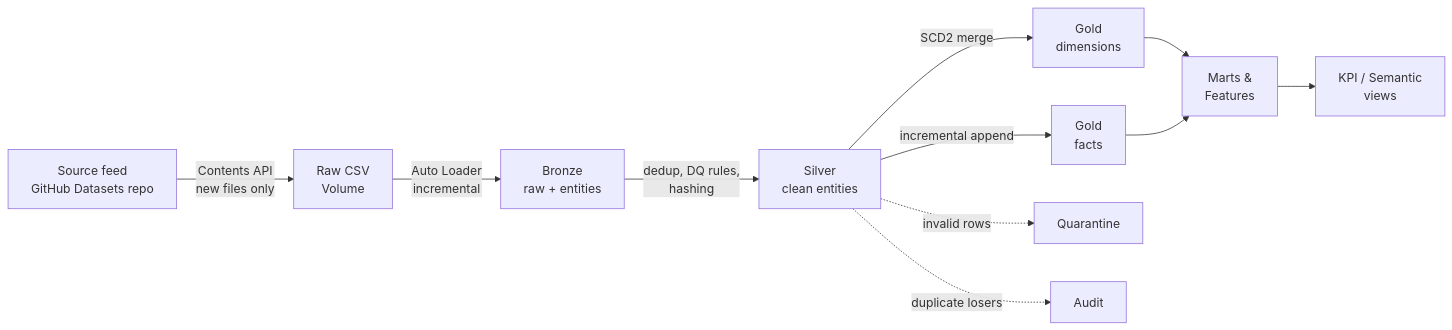
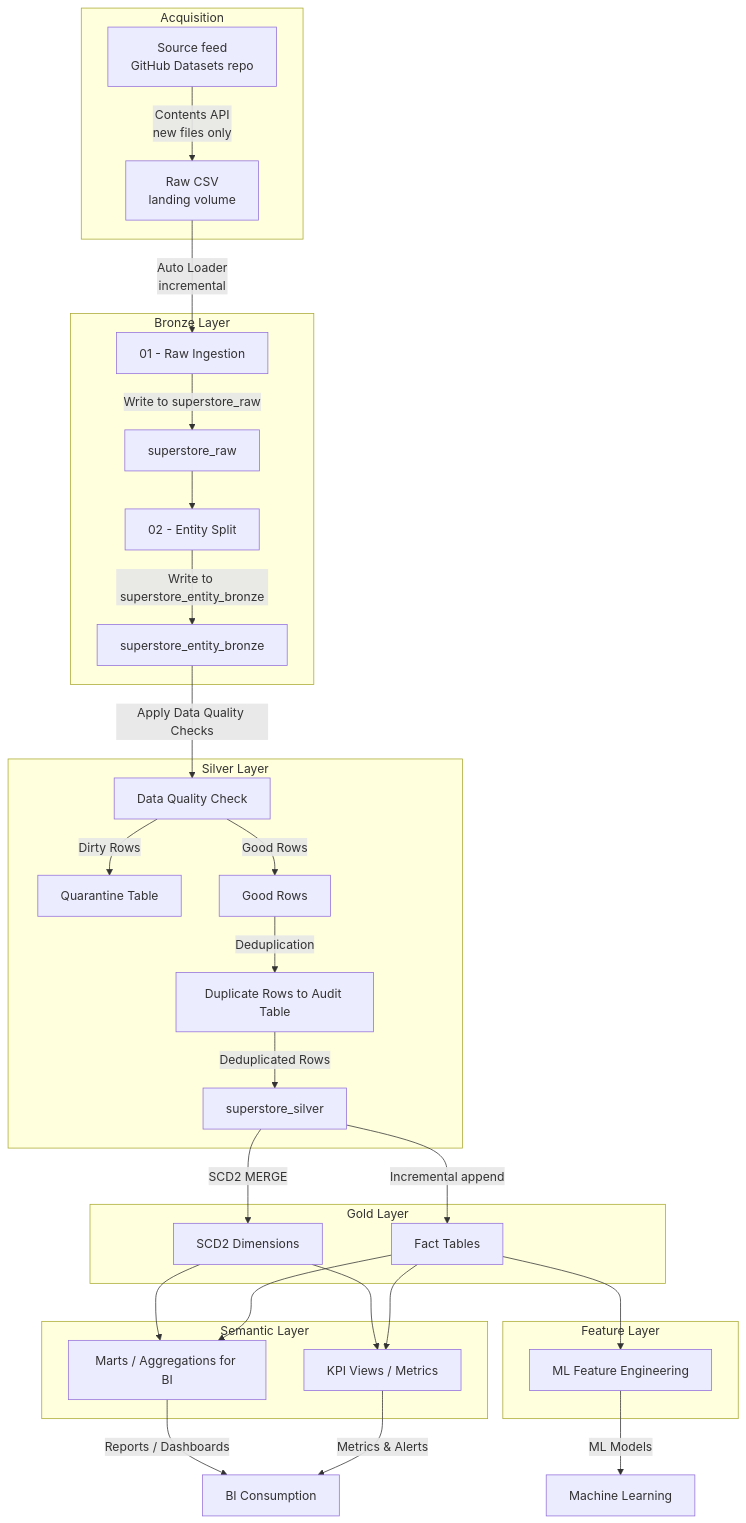
The diagram in README.md (111BM/databricks-lakehouse-platform), drawn with Mermaid before and after one commit.

Commit message:
Redraw the architecture diagram as a layered top-down flow
The left-to-right flowchart compressed each layer into a single node, so the
detail that matters - where rows are quarantined, where duplicate losers go,
what actually lands in gold - was invisible. Redrawn top-down with a subgraph
per layer, matching the data flow lifecycle image already in the README.

Shows the acquisition step feeding the landing volume, the two bronze writes,
the DQ split into quarantine and audit paths, and the gold dimension/fact
split fanning out into the semantic and feature layers.

````diff
--- a/README.md
+++ b/README.md
@@ -15,13 +15,57 @@
 ```mermaid
-flowchart LR
-    SRC[Source feed<br/>GitHub Datasets repo] -->|Contents API<br/>new files only| RAW[Raw CSV<br/>Volume]
-    RAW -->|Auto Loader<br/>incremental| B[Bronze<br/>raw + entities]
-    B -->|dedup, DQ rules,<br/>hashing| S[Silver<br/>clean entities]
-    S -->|SCD2 merge| GD[Gold<br/>dimensions]
-    S -->|incremental append| GF[Gold<br/>facts]
-    GD --> M[Marts &<br/>Features]
-    GF --> M
-    M --> K[KPI / Semantic<br/>views]
-    S -.->|invalid rows| Q[Quarantine]
-    S -.->|duplicate losers| A[Audit]
+flowchart TD
+    subgraph ACQ[Acquisition]
+        SRC[Source feed<br/>GitHub Datasets repo]
+        VOL[Raw CSV<br/>landing volume]
+        SRC -->|Contents API<br/>new files only| VOL
+    end
+
+    subgraph BRONZE[Bronze Layer]
+        ING[01 - Raw Ingestion]
+        RAW[superstore_raw]
+        SPLIT[02 - Entity Split]
+        ENT[superstore_entity_bronze]
+        ING -->|Write to superstore_raw| RAW
+        RAW --> SPLIT
+        SPLIT -->|Write to superstore_entity_bronze| ENT
+    end
+
+    subgraph SILVER[Silver Layer]
+        DQ[Data Quality Check]
+        QUAR[Quarantine Table]
+        GOOD[Good Rows]
+        AUD["Duplicate Rows to Audit Table"]
+        SLV[superstore_silver]
+        DQ -->|Dirty Rows| QUAR
+        DQ -->|Good Rows| GOOD
+        GOOD -->|Deduplication| AUD
+        AUD -->|Deduplicated Rows| SLV
+    end
+
+    subgraph GOLD[Gold Layer]
+        DIM[SCD2 Dimensions]
+        FCT[Fact Tables]
+    end
+
+    subgraph SEM[Semantic Layer]
+        MARTS[Marts / Aggregations for BI]
+        KPI[KPI Views / Metrics]
+    end
+
+    subgraph FEAT[Feature Layer]
+        MLF[ML Feature Engineering]
+    end
+
+    VOL -->|Auto Loader<br/>incremental| ING
+    ENT -->|Apply Data Quality Checks| DQ
+    SLV -->|SCD2 MERGE| DIM
+    SLV -->|Incremental append| FCT
+    DIM --> MARTS
+    FCT --> MARTS
+    DIM --> KPI
+    FCT --> KPI
+    FCT --> MLF
+    MARTS -->|Reports / Dashboards| BI[BI Consumption]
+    KPI -->|Metrics & Alerts| BI
+    MLF -->|ML Models| MLC[Machine Learning]
 ```
````
